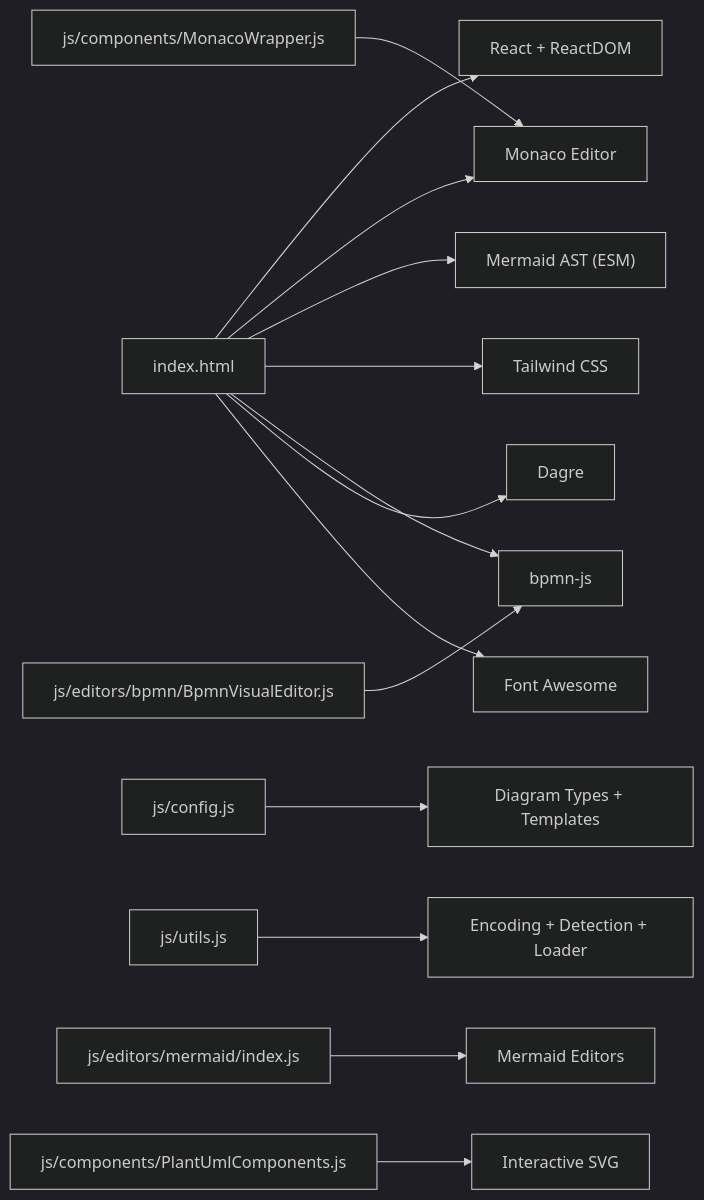
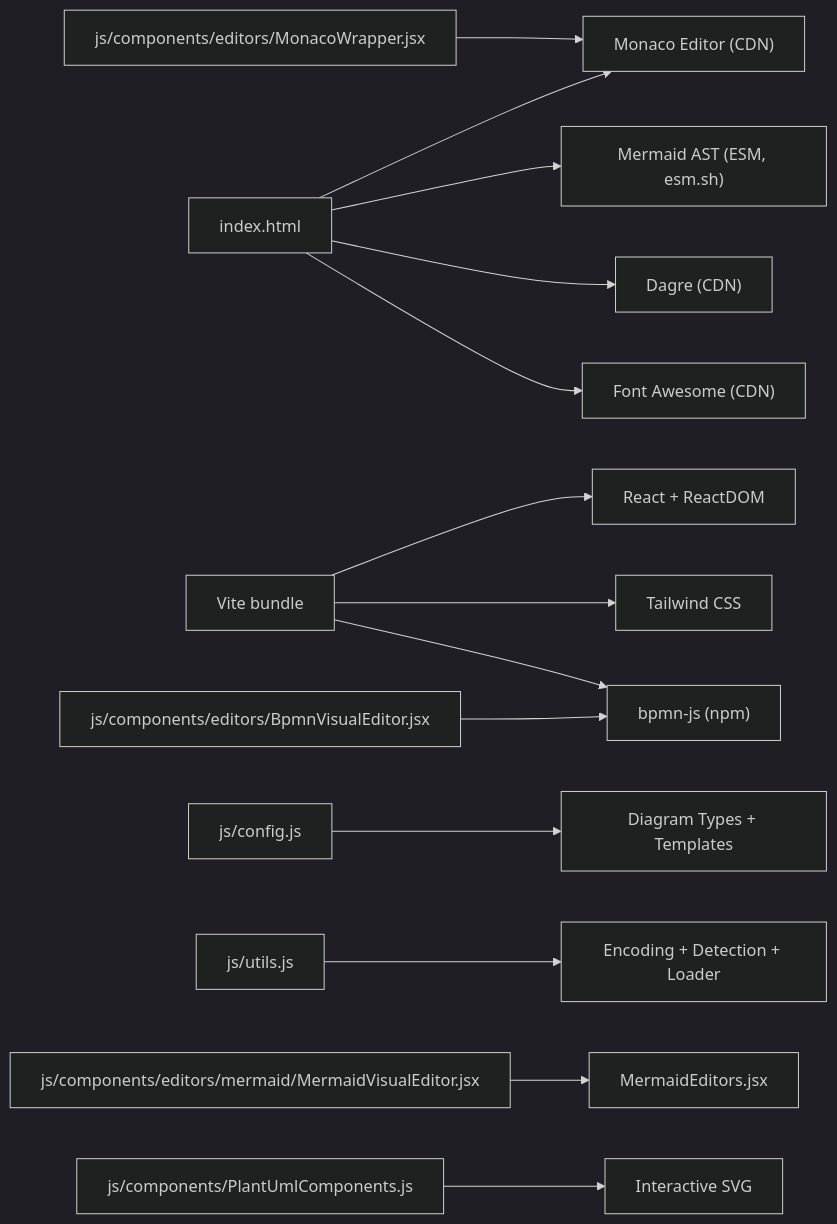
Before and after one commit to ongchonghian/universal-diagram-editor: the fourth of 4 diagrams in .qoder/repowiki/en/content/Getting Started.md, drawn with Mermaid (dark theme). The commit also changed other lines of this file and 31 other files, not shown here.

````diff
--- a/.qoder/repowiki/en/content/Getting Started.md
+++ b/.qoder/repowiki/en/content/Getting Started.md
@@ -290,16 +284,16 @@
 ```mermaid
 graph LR
-A["index.html"] --> B["React + ReactDOM"]
-A --> C["Monaco Editor"]
-A --> D["Mermaid AST (ESM)"]
-A --> E["Tailwind CSS"]
-A --> F["bpmn-js"]
-A --> G["Dagre"]
-A --> H["Font Awesome"]
+A["index.html"] --> C["Monaco Editor (CDN)"]
+A --> D["Mermaid AST (ESM, esm.sh)"]
+A --> G["Dagre (CDN)"]
+A --> H["Font Awesome (CDN)"]
+V["Vite bundle"] --> B["React + ReactDOM"]
+V --> E["Tailwind CSS"]
+V --> F["bpmn-js (npm)"]
 I["js/config.js"] --> J["Diagram Types + Templates"]
 K["js/utils.js"] --> L["Encoding + Detection + Loader"]
-M["js/components/MonacoWrapper.js"] --> C
-N["js/editors/mermaid/index.js"] --> O["Mermaid Editors"]
-P["js/editors/bpmn/BpmnVisualEditor.js"] --> F
+M["js/components/editors/MonacoWrapper.jsx"] --> C
+N["js/components/editors/mermaid/MermaidVisualEditor.jsx"] --> O["MermaidEditors.jsx"]
+P["js/components/editors/BpmnVisualEditor.jsx"] --> F
 Q["js/components/PlantUmlComponents.js"] --> R["Interactive SVG"]
 ```
````
